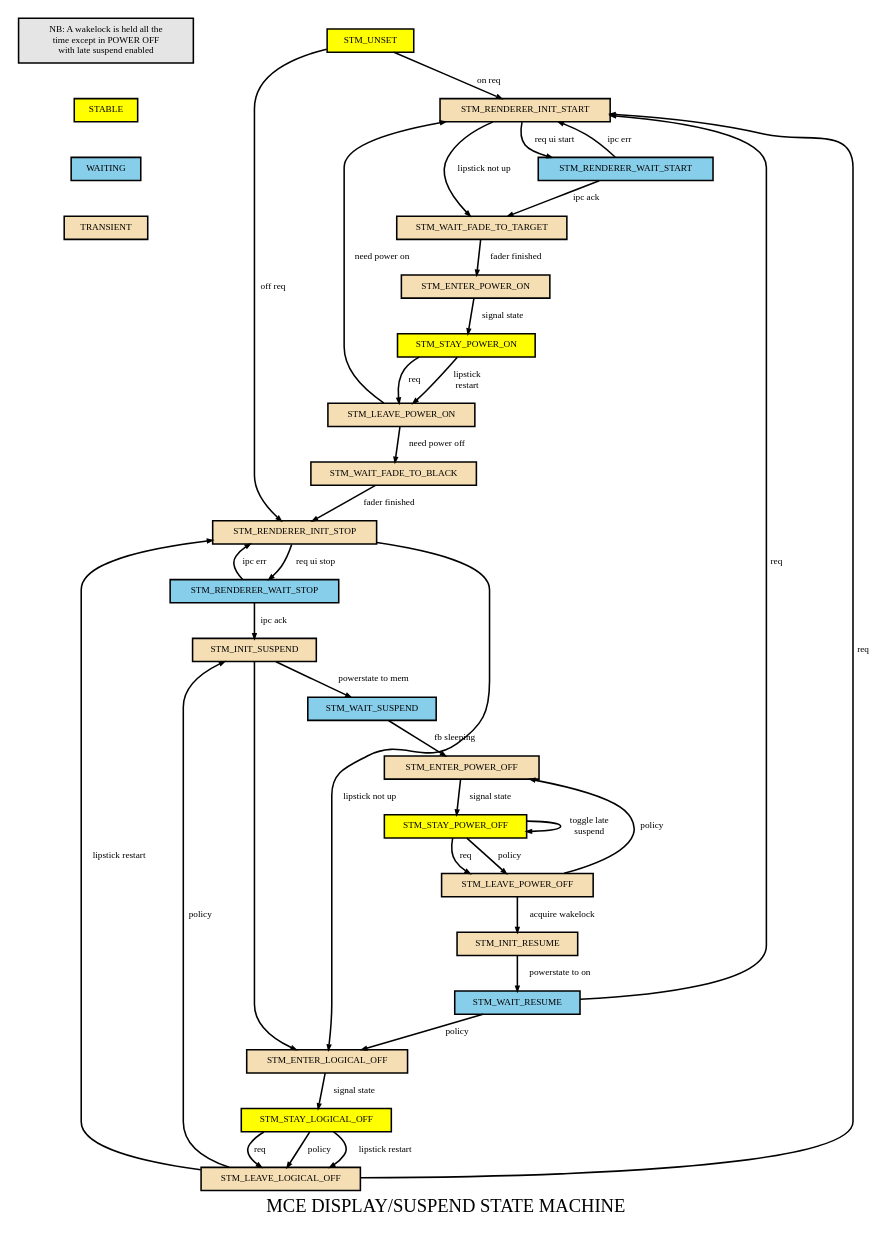
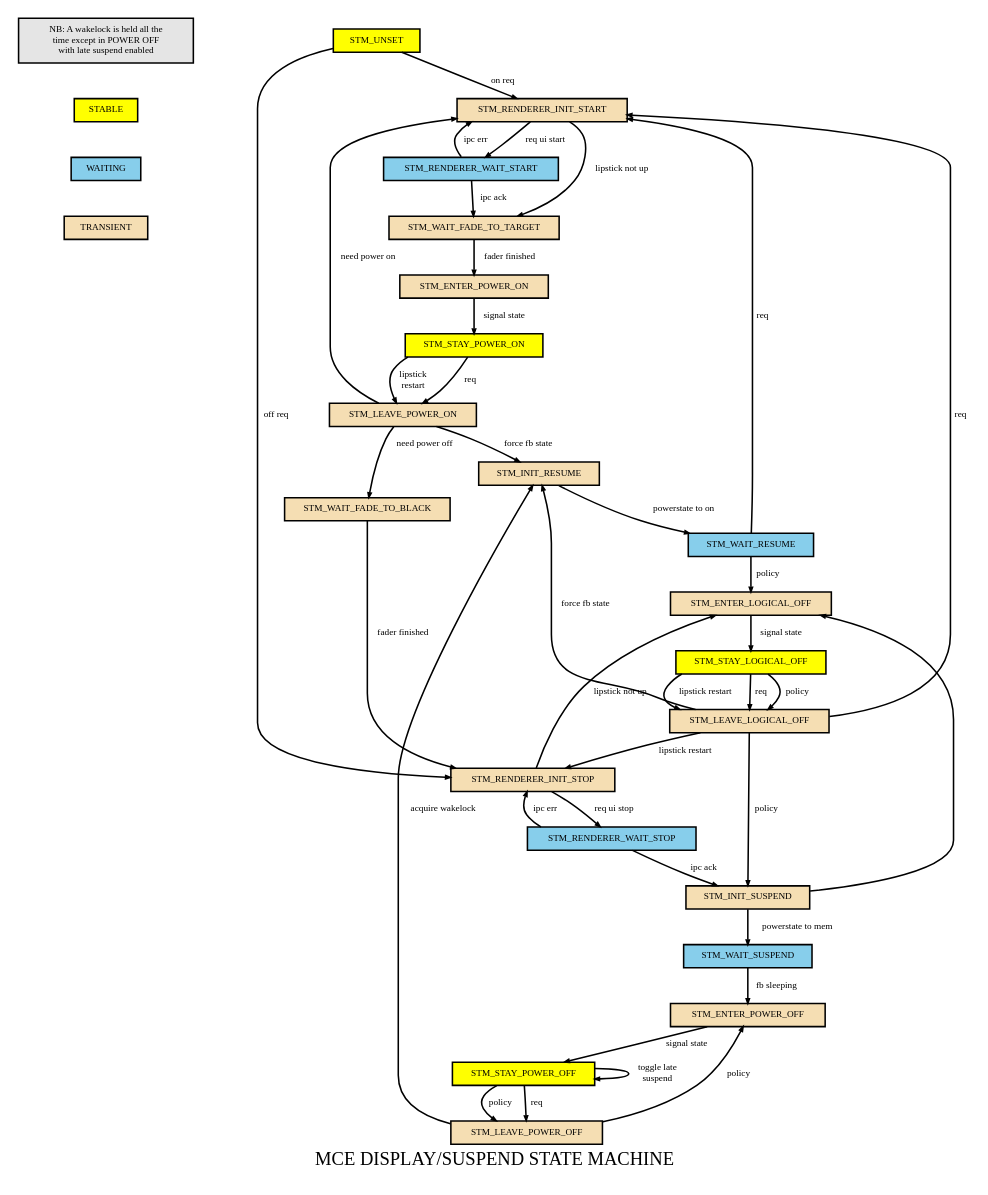
One commit to sailfishos/mce changed the diagram in modules/display.dot. Above: the diagram before and after it, drawn with Graphviz. The commit also changed 1 other file, not shown here.

Commit message:
[display] Power up display on entry to OS update mode. Fixes JB#34088
Depending on platform specific low level code, compositor/lipstick
process can cause the display to power off when it exits. If this
happens when switching over from normal to OS update UI, it can cause
display or backlight to stay powered off and the update progress is
not shown on screen.

Make sure display gets powered up and backlight level restored when
compositor process drops from the D-Bus system bus.

Do not assume compositor process has crashed if it exits when OS update
mode has already been activated.

Adjust the naming of the compositor availability change flag variable
and add setter function to ease debugging of related state changes.

```diff
--- a/modules/display.dot
+++ b/modules/display.dot
@@ -1,126 +1,129 @@
 /* -*- mode: c -*- */
 
 /* Extra documentation for state transitions made from
  * mdy_stm_step() function in the mce display plugin
  */
 
 digraph display_state_machine {
   fontsize=12;
   label = "MCE DISPLAY/SUSPEND STATE MACHINE";
   nodesep=0.3;
   ranksep=0.2;
   node[fontsize=6];
   edge[fontsize=6];
   edge[arrowsize=0.3];
   node[style=filled,fillcolor=skyblue,shape=box];
   node[width=0.00001];
   node[height=0.00001];
   // COMMENTS
   node[fillcolor=grey90];
   COMMENTS[label="NB: A wakelock is held all the\ntime except in POWER OFF\nwith late suspend enabled\n"];
   //
   // --==( STABLE )==--
   //
   node[fillcolor=yellow];
   STABLE;
   STM_UNSET;
   STM_STAY_POWER_OFF;
   STM_STAY_POWER_ON;
   STM_STAY_LOGICAL_OFF;
   //
   // --==( WAITING )==--
   //
   node[fillcolor=skyblue];
   WAITING;
   STM_WAIT_RESUME;
   STM_WAIT_SUSPEND;
   STM_RENDERER_WAIT_START;
   STM_RENDERER_WAIT_STOP;
   //
   // --==( TRANSIENT )==--
   //
   node[fillcolor=wheat];
   TRANSIENT;
   STM_LEAVE_POWER_OFF;
   STM_ENTER_POWER_OFF;
   STM_INIT_RESUME;
   STM_ENTER_LOGICAL_OFF;
   STM_LEAVE_LOGICAL_OFF;
   STM_INIT_SUSPEND;
   STM_RENDERER_INIT_START;
   STM_RENDERER_INIT_STOP;
   STM_ENTER_POWER_ON;
   STM_LEAVE_POWER_ON;
   STM_WAIT_FADE_TO_BLACK;
   STM_WAIT_FADE_TO_TARGET;
   //
   // --==( BRANCHES )==--
   //
   node[shape=point];
   //
   // --==( TRANSITIONS )==--
   //
   node[shape=oval,fillcolor=pink];
 
   COMMENTS->STABLE[style=invis];
   STABLE->WAITING[style=invis];
   WAITING->TRANSIENT[style=invis];
 
   STM_UNSET -> STM_RENDERER_INIT_START               [label=" on req"];
   STM_UNSET -> STM_RENDERER_INIT_STOP                [label=" off req"];
 
   STM_RENDERER_INIT_STOP -> STM_ENTER_LOGICAL_OFF    [label=" lipstick not up"];
   STM_RENDERER_INIT_STOP -> STM_RENDERER_WAIT_STOP   [label=" req ui stop"];
 
   STM_RENDERER_WAIT_STOP -> STM_INIT_SUSPEND         [label=" ipc ack"];
   STM_RENDERER_WAIT_STOP -> STM_RENDERER_INIT_STOP   [label=" ipc err"];
 
   STM_WAIT_FADE_TO_BLACK -> STM_RENDERER_INIT_STOP   [label=" fader finished"];
 
   STM_INIT_SUSPEND -> STM_WAIT_SUSPEND               [label=" powerstate to mem"];
   STM_INIT_SUSPEND -> STM_ENTER_LOGICAL_OFF;
 
   STM_WAIT_SUSPEND -> STM_ENTER_POWER_OFF            [label=" fb sleeping"];
 
   STM_ENTER_POWER_OFF -> STM_STAY_POWER_OFF          [label=" signal state"];
 
   STM_STAY_POWER_OFF -> STM_LEAVE_POWER_OFF          [label=" req"];
   STM_STAY_POWER_OFF -> STM_LEAVE_POWER_OFF          [label=" policy"];
   STM_STAY_POWER_OFF -> STM_STAY_POWER_OFF           [label=" toggle late\nsuspend\n"];
 
   STM_LEAVE_POWER_OFF -> STM_INIT_RESUME             [label=" acquire wakelock"];
   STM_LEAVE_POWER_OFF -> STM_ENTER_POWER_OFF         [label=" policy"];
 
   STM_INIT_RESUME -> STM_WAIT_RESUME                 [label=" powerstate to on"];
 
   STM_WAIT_RESUME -> STM_RENDERER_INIT_START         [label=" req"];
   STM_WAIT_RESUME -> STM_ENTER_LOGICAL_OFF           [label=" policy"];
 
   STM_RENDERER_INIT_START -> STM_WAIT_FADE_TO_TARGET [label=" lipstick not up"];
   STM_RENDERER_INIT_START -> STM_RENDERER_WAIT_START [label=" req ui start"];
 
   STM_RENDERER_WAIT_START -> STM_WAIT_FADE_TO_TARGET [label=" ipc ack"];
   STM_RENDERER_WAIT_START -> STM_RENDERER_INIT_START [label=" ipc err"];
 
   STM_WAIT_FADE_TO_TARGET -> STM_ENTER_POWER_ON      [label=" fader finished"];
 
   STM_ENTER_POWER_ON -> STM_STAY_POWER_ON            [label=" signal state"];
 
   STM_STAY_POWER_ON -> STM_LEAVE_POWER_ON            [label=" req"];
 
   STM_LEAVE_POWER_ON -> STM_RENDERER_INIT_START      [label=" need power on"];
+  STM_LEAVE_POWER_ON -> STM_INIT_RESUME              [label=" force fb state"];
+
   STM_LEAVE_POWER_ON -> STM_WAIT_FADE_TO_BLACK       [label=" need power off"];
 
   STM_ENTER_LOGICAL_OFF -> STM_STAY_LOGICAL_OFF      [label=" signal state"];
 
   STM_STAY_LOGICAL_OFF -> STM_LEAVE_LOGICAL_OFF      [label=" req"];
   STM_STAY_LOGICAL_OFF -> STM_LEAVE_LOGICAL_OFF      [label=" policy"];
   STM_STAY_LOGICAL_OFF -> STM_LEAVE_LOGICAL_OFF      [label=" lipstick restart"];
 
   STM_LEAVE_LOGICAL_OFF -> STM_RENDERER_INIT_STOP    [label=" lipstick restart"];
   STM_LEAVE_LOGICAL_OFF -> STM_RENDERER_INIT_START   [label=" req"];
+  STM_LEAVE_LOGICAL_OFF -> STM_INIT_RESUME           [label=" force fb state"];
   STM_LEAVE_LOGICAL_OFF -> STM_INIT_SUSPEND          [label=" policy"];
 
   // lipstick restart special case (happens outside stm)
   STM_STAY_POWER_ON -> STM_LEAVE_POWER_ON            [label=" lipstick\n restart\n"];
 }
```
